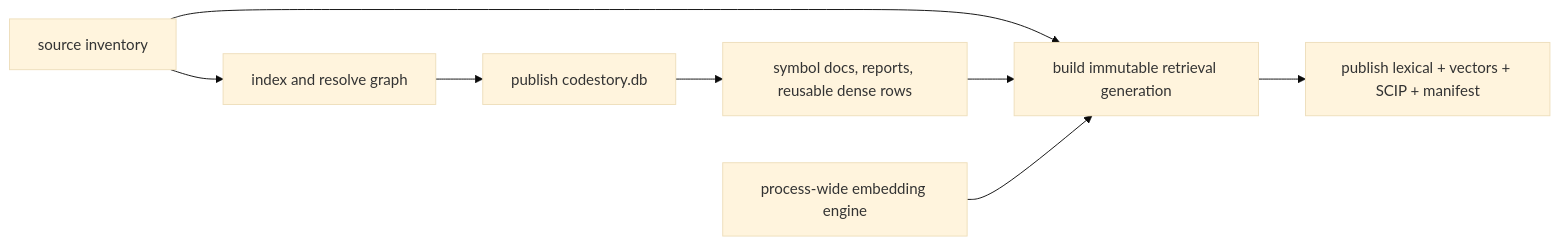
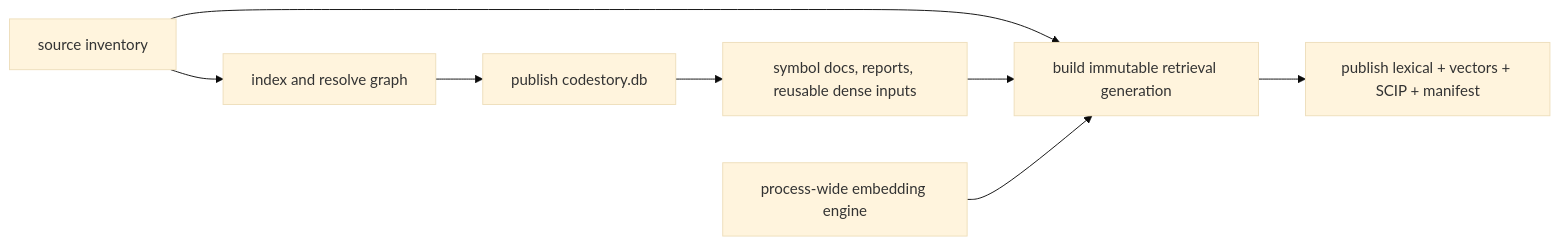
The second of 3 diagrams in docs/architecture/indexing-pipeline.md (TheGreenCedar/CodeStory), drawn with Mermaid (base theme) before and after one commit. The commit also changed other lines of this file and 80 other files, not shown here.

````diff
--- a/docs/architecture/indexing-pipeline.md
+++ b/docs/architecture/indexing-pipeline.md
@@ -53,10 +54,10 @@
 ```mermaid
 flowchart LR
     Files["source inventory"] --> CoreBuild["index and resolve graph"]
     CoreBuild --> Core["publish codestory.db"]
-    Core --> Inputs["symbol docs, reports, reusable dense rows"]
+    Core --> Inputs["symbol docs, reports, reusable dense inputs"]
     Files --> RetrievalBuild["build immutable retrieval generation"]
     Inputs --> RetrievalBuild
     Engine["process-wide embedding engine"] --> RetrievalBuild
     RetrievalBuild --> Retrieval["publish lexical + vectors + SCIP + manifest"]
 ```
````
